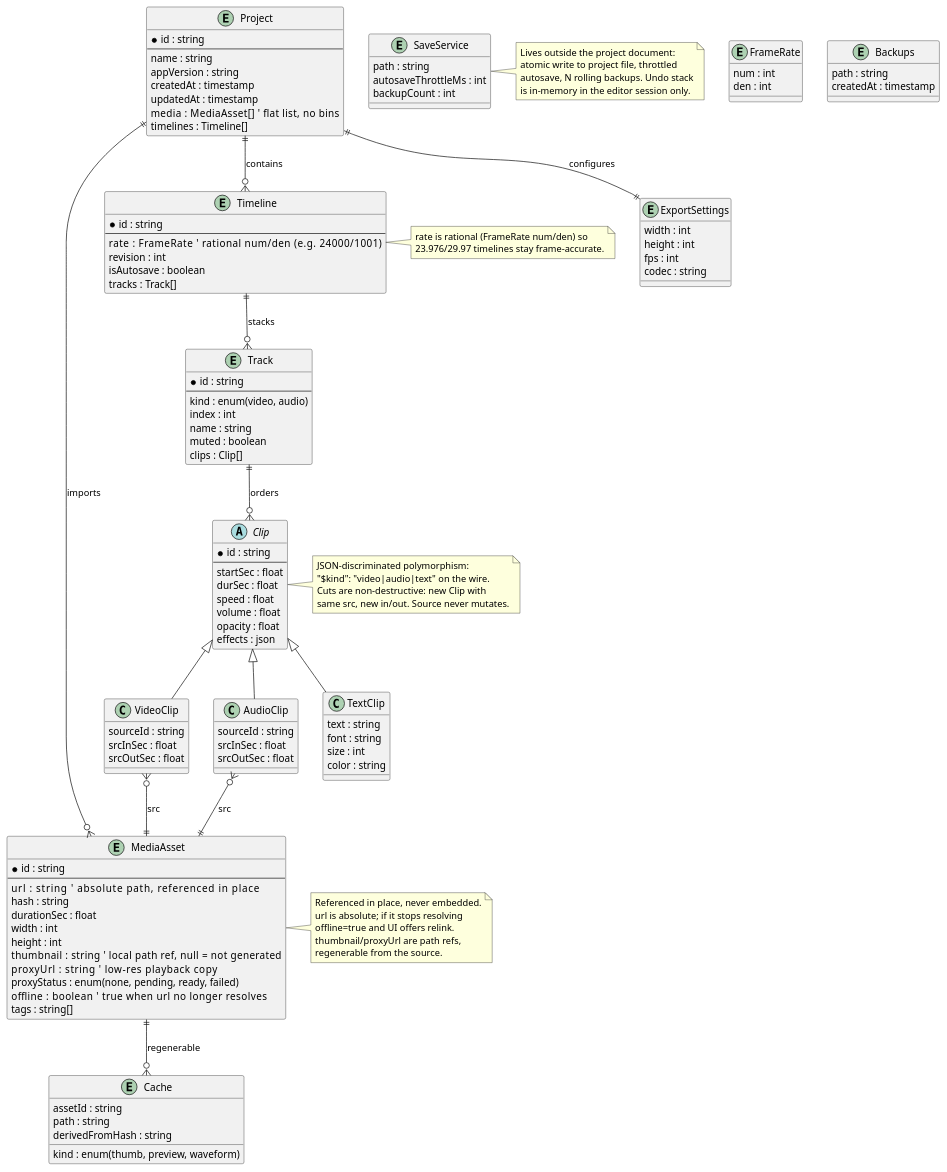
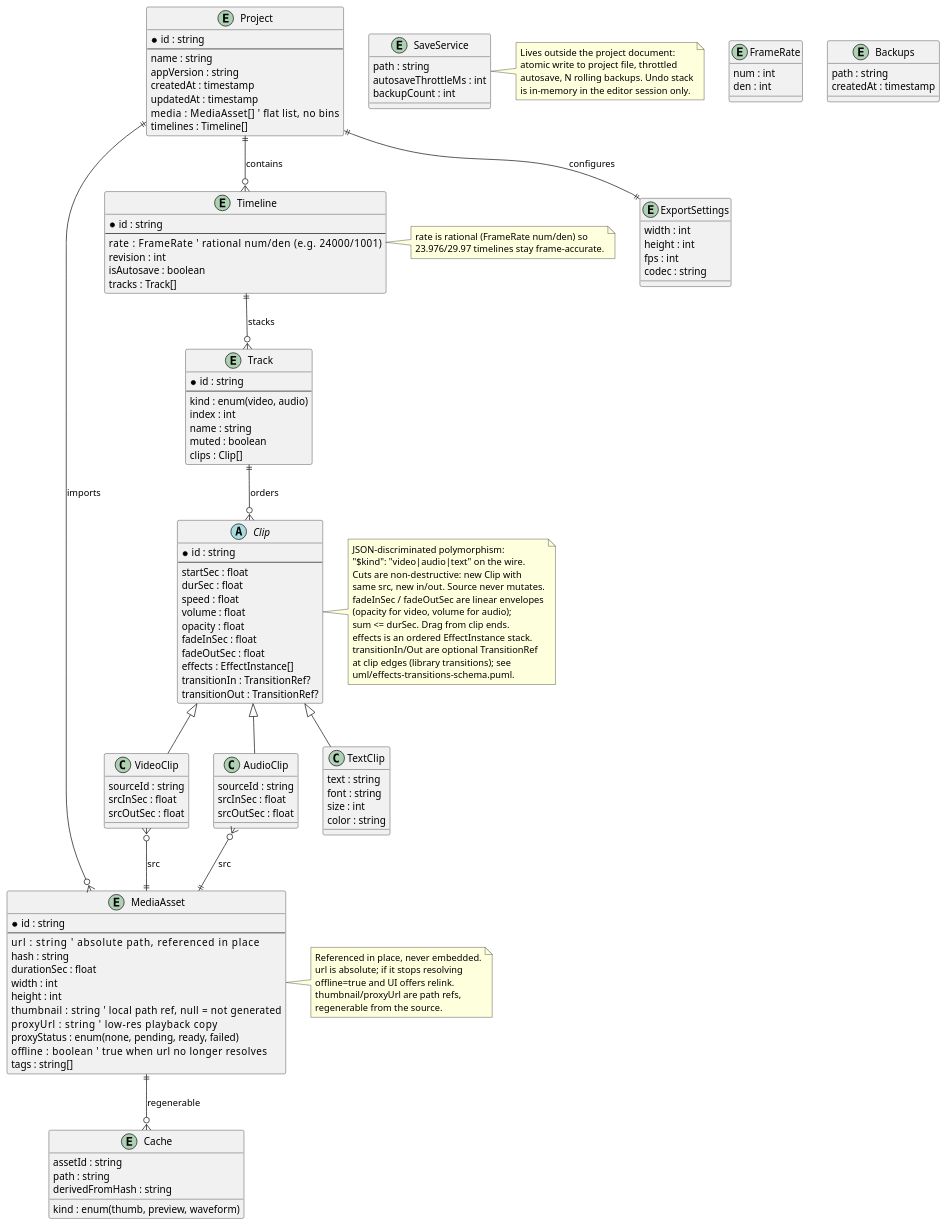
Before and after one commit to Skynse/Fig: the diagram in uml/nle-schema.puml, drawn with PlantUML. The commit also changed 61 other files, not shown here.

Commit message:
scaffold transitions and effects; end development for today

```diff
--- a/uml/nle-schema.puml
+++ b/uml/nle-schema.puml
@@ -1,151 +1,162 @@
 @startuml
 ' NLE project schema - compact CapCut-scale model (C# / fig)
 ' Single project file, media referenced in place, JSON timeline document.
 
 entity Project {
   * id : string
   --
   name : string
   appVersion : string
   createdAt : timestamp
   updatedAt : timestamp
   media : MediaAsset[]      ' flat list, no bins
   timelines : Timeline[]
 }
 
 entity MediaAsset {
   * id : string
   --
   url : string              ' absolute path, referenced in place
   hash : string
   durationSec : float
   width : int
   height : int
   thumbnail : string        ' local path ref, null = not generated
   proxyUrl : string         ' low-res playback copy
   proxyStatus : enum(none, pending, ready, failed)
   offline : boolean         ' true when url no longer resolves
   tags : string[]
 }
 
 entity Timeline {
   * id : string
   --
   rate : FrameRate          ' rational num/den (e.g. 24000/1001)
   revision : int
   isAutosave : boolean
   tracks : Track[]
 }
 
 entity FrameRate {
   num : int
   den : int
 }
 
 entity Track {
   * id : string
   --
   kind : enum(video, audio)
   index : int
   name : string
   muted : boolean
   clips : Clip[]
 }
 
 abstract class Clip {
   * id : string
   --
   startSec : float
   durSec : float
   speed : float
   volume : float
   opacity : float
-  effects : json
+  fadeInSec : float
+  fadeOutSec : float
+  effects : EffectInstance[]
+  transitionIn : TransitionRef?
+  transitionOut : TransitionRef?
 }
 
 class VideoClip {
   sourceId : string
   srcInSec : float
   srcOutSec : float
 }
 
 class AudioClip {
   sourceId : string
   srcInSec : float
   srcOutSec : float
 }
 
 class TextClip {
   text : string
   font : string
   size : int
   color : string
 }
 
 entity ExportSettings {
   width : int
   height : int
   fps : int
   codec : string
 }
 
 entity SaveService {
   ' single-file atomic writes
   path : string
   autosaveThrottleMs : int
   backupCount : int
 }
 
 entity Backups {
   path : string
   createdAt : timestamp
 }
 
 entity Cache {
   assetId : string
   kind : enum(thumb, preview, waveform)
   path : string
   derivedFromHash : string
 }
 
 Clip <|-- VideoClip
 Clip <|-- AudioClip
 Clip <|-- TextClip
 
 Project ||--o{ MediaAsset : "imports"
 Project ||--o{ Timeline : "contains"
 Project ||--|| ExportSettings : "configures"
 Timeline ||--o{ Track : "stacks"
 Track ||--o{ Clip : "orders"
 VideoClip }o--|| MediaAsset : "src"
 AudioClip }o--|| MediaAsset : "src"
 MediaAsset ||--o{ Cache : "regenerable"
 
 note right of MediaAsset
   Referenced in place, never embedded.
   url is absolute; if it stops resolving
   offline=true and UI offers relink.
   thumbnail/proxyUrl are path refs,
   regenerable from the source.
 end note
 
 note right of Clip
   JSON-discriminated polymorphism:
   "$kind": "video|audio|text" on the wire.
   Cuts are non-destructive: new Clip with
   same src, new in/out. Source never mutates.
+  fadeInSec / fadeOutSec are linear envelopes
+  (opacity for video, volume for audio);
+  sum <= durSec. Drag from clip ends.
+  effects is an ordered EffectInstance stack.
+  transitionIn/Out are optional TransitionRef
+  at clip edges (library transitions); see
+  uml/effects-transitions-schema.puml.
 end note
 
 note right of Timeline
   rate is rational (FrameRate num/den) so
   23.976/29.97 timelines stay frame-accurate.
 end note
 
 note right of SaveService
   Lives outside the project document:
   atomic write to project file, throttled
   autosave, N rolling backups. Undo stack
   is in-memory in the editor session only.
 end note
 
 @enduml
```
